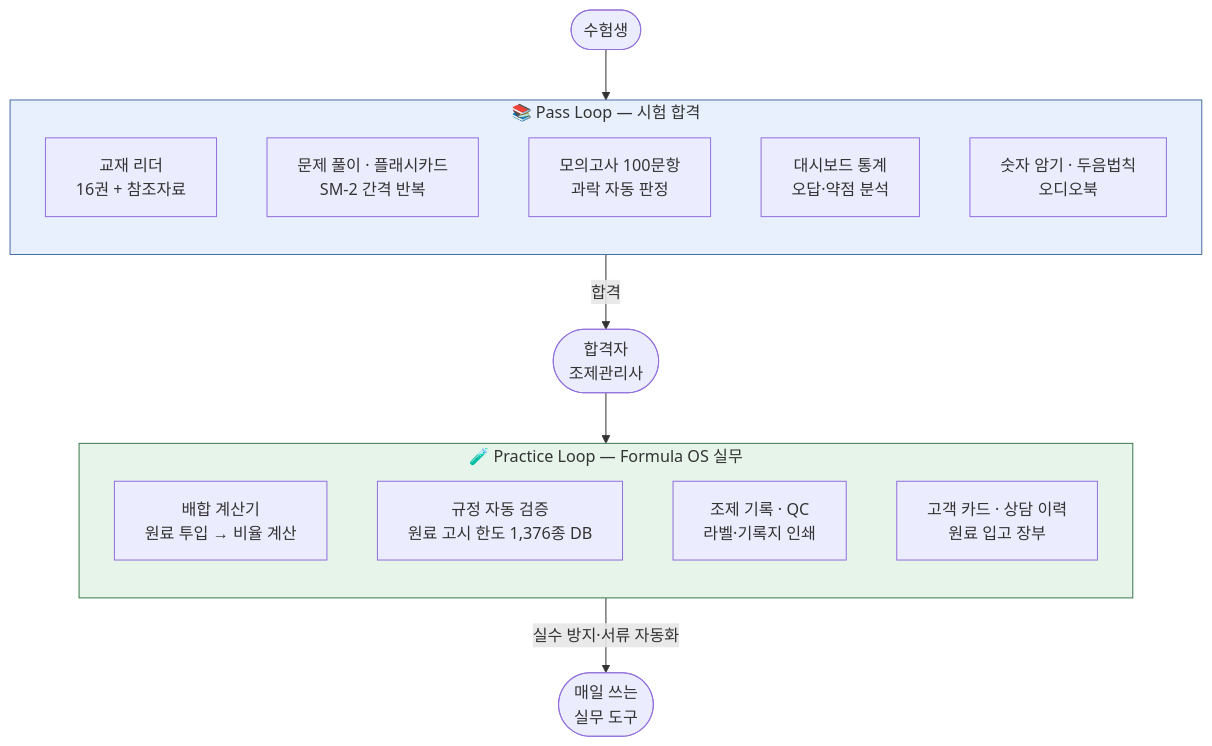
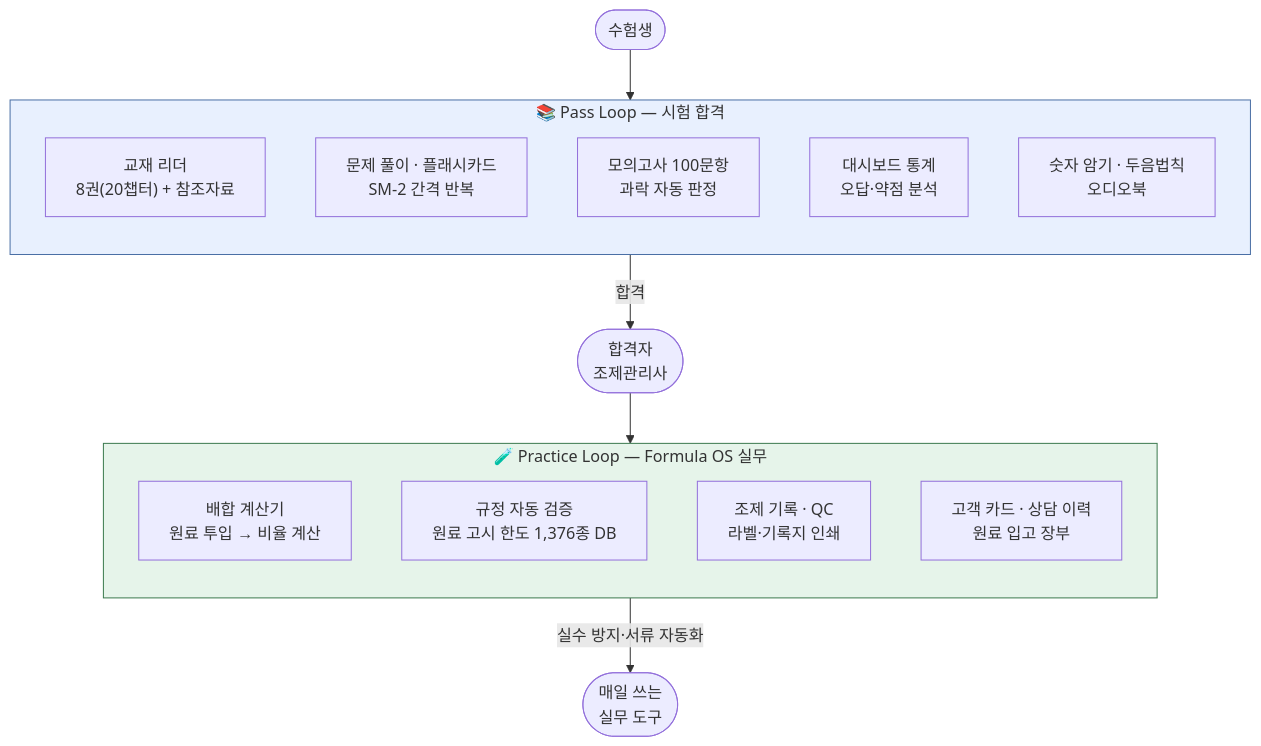
Before and after one commit to skygoldlee-cyber/Personalized_Skincare: the first of 2 diagrams in docs/유튜브_홍보동영상_제작의뢰서.md, drawn with Mermaid. The commit also changed other lines of this file and 1 other file, not shown here.

````diff
--- a/docs/유튜브_홍보동영상_제작의뢰서.md
+++ b/docs/유튜브_홍보동영상_제작의뢰서.md
@@ -42,28 +42,28 @@
 ```mermaid
 flowchart TB
     subgraph PASS["📚 Pass Loop — 시험 합격"]
         direction TB
-        P1["교재 리더<br/>16권 + 참조자료"]
+        P1["교재 리더<br/>8권(20챕터) + 참조자료"]
         P2["문제 풀이 · 플래시카드<br/>SM-2 간격 반복"]
         P3["모의고사 100문항<br/>과락 자동 판정"]
         P4["대시보드 통계<br/>오답·약점 분석"]
         P5["숫자 암기 · 두음법칙<br/>오디오북"]
     end
 
     USER(["수험생"]) --> PASS
     PASS -->|합격| PASSER(["합격자<br/>조제관리사"])
 
     subgraph PRACTICE["🧪 Practice Loop — Formula OS 실무"]
         direction TB
         F1["배합 계산기<br/>원료 투입 → 비율 계산"]
         F2["규정 자동 검증<br/>원료 고시 한도 1,376종 DB"]
         F3["조제 기록 · QC<br/>라벨·기록지 인쇄"]
         F4["고객 카드 · 상담 이력<br/>원료 입고 장부"]
     end
 
     PASSER --> PRACTICE
     PRACTICE -->|실수 방지·서류 자동화| WORK(["매일 쓰는<br/>실무 도구"])
 
     style PASS fill:#e8f0fe,stroke:#4a6fa5
     style PRACTICE fill:#e6f4ea,stroke:#3c7a4f
 ```
````
